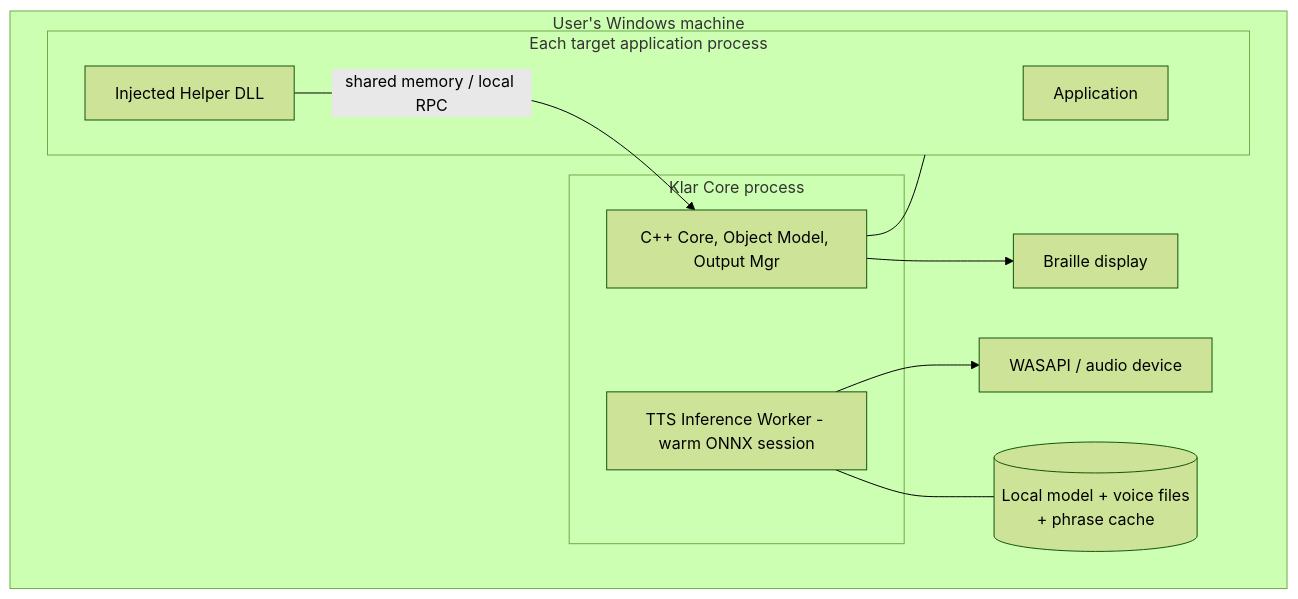
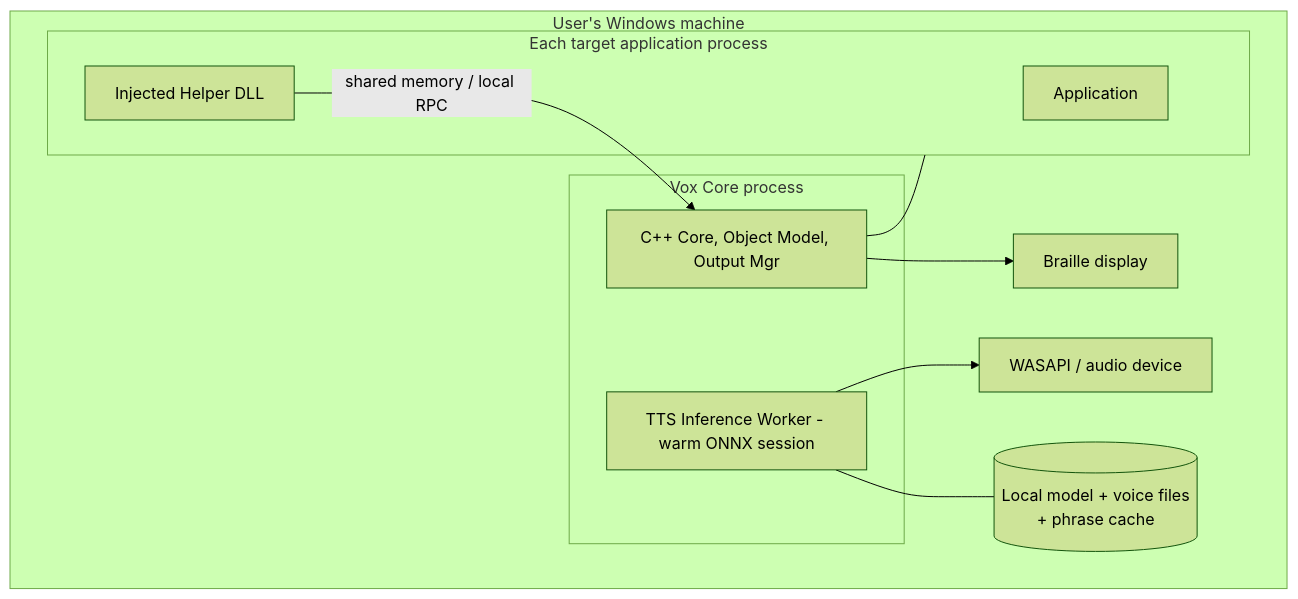
The sixth of 8 diagrams in doc/architecture/architecture.md (digitale-barrierefreiheit/vox), drawn with Mermaid (forest theme) before and after one commit. The commit also changed other lines of this file, not shown here.

First line of the commit message:
docs: rename Klar to Vox in architecture.md (#45)

````diff
--- a/doc/architecture/architecture.md
+++ b/doc/architecture/architecture.md
@@ -272,22 +272,22 @@
 ```mermaid
 graph TD
     subgraph Machine[User's Windows machine]
-      subgraph KlarProc[Klar Core process]
+      subgraph VoxProc[Vox Core process]
         CoreC[C++ Core, Object Model, Output Mgr]
         TTSW[TTS Inference Worker - warm ONNX session]
       end
       subgraph AppProc[Each target application process]
         App[Application]
         Helper[Injected Helper DLL]
       end
       Models[(Local model + voice files<br/>+ phrase cache)]
       Audio[WASAPI / audio device]
       BrailleDev[Braille display]
     end
 
     Helper -- shared memory / local RPC --> CoreC
     CoreC --- AppProc
     TTSW --- Models
     TTSW --> Audio
     CoreC --> BrailleDev
 ```
````
